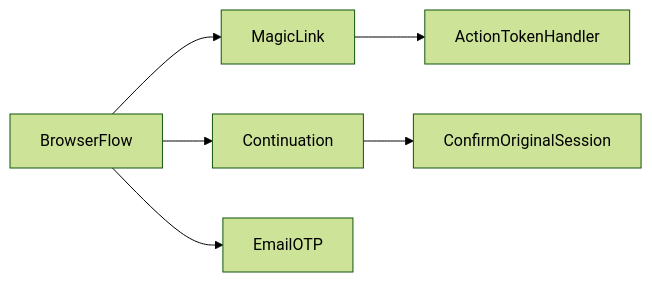
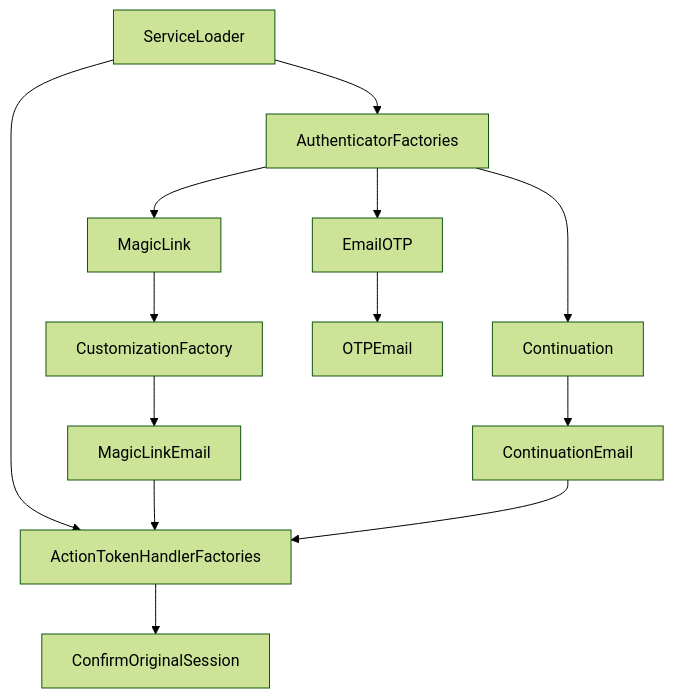
Before and after one commit to deangrant/keycloak-providers: the fifth of 5 diagrams in .agents/docs/ARCHITECTURE.md, drawn with Mermaid (forest theme). The commit also changed other lines of this file and 9 other files, not shown here.

First line of the commit message:
docs(magic-link): clarify customization is factory injection not Spi

````diff
--- a/.agents/docs/ARCHITECTURE.md
+++ b/.agents/docs/ARCHITECTURE.md
@@ -147,8 +147,15 @@
 ```mermaid
-flowchart LR
-  Browser[BrowserFlow] --> MagicAuth[MagicLink]
-  Browser --> ContAuth[Continuation]
-  Browser --> OtpAuth[EmailOTP]
-  MagicAuth --> TokenHandler[ActionTokenHandler]
-  ContAuth --> Confirm[ConfirmOriginalSession]
+flowchart TB
+  ServiceLoader[ServiceLoader] --> AuthFactories[AuthenticatorFactories]
+  ServiceLoader --> TokenHandlers[ActionTokenHandlerFactories]
+  AuthFactories --> MagicAuth[MagicLink]
+  AuthFactories --> ContAuth[Continuation]
+  AuthFactories --> OtpAuth[EmailOTP]
+  MagicAuth --> CustomFactory[CustomizationFactory]
+  CustomFactory --> EmailSend[MagicLinkEmail]
+  EmailSend --> TokenHandlers
+  ContAuth --> ContEmail[ContinuationEmail]
+  ContEmail --> TokenHandlers
+  TokenHandlers --> Confirm[ConfirmOriginalSession]
+  OtpAuth --> OtpSend[OTPEmail]
 ```
````
